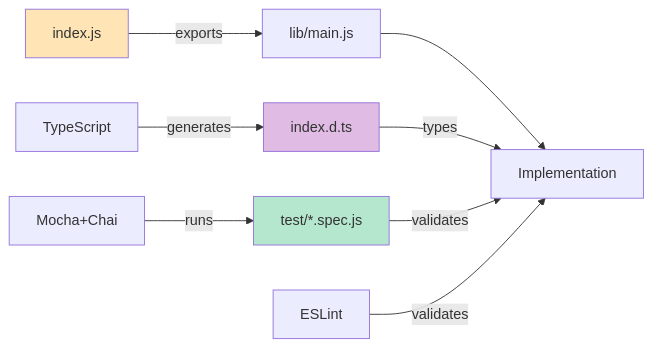
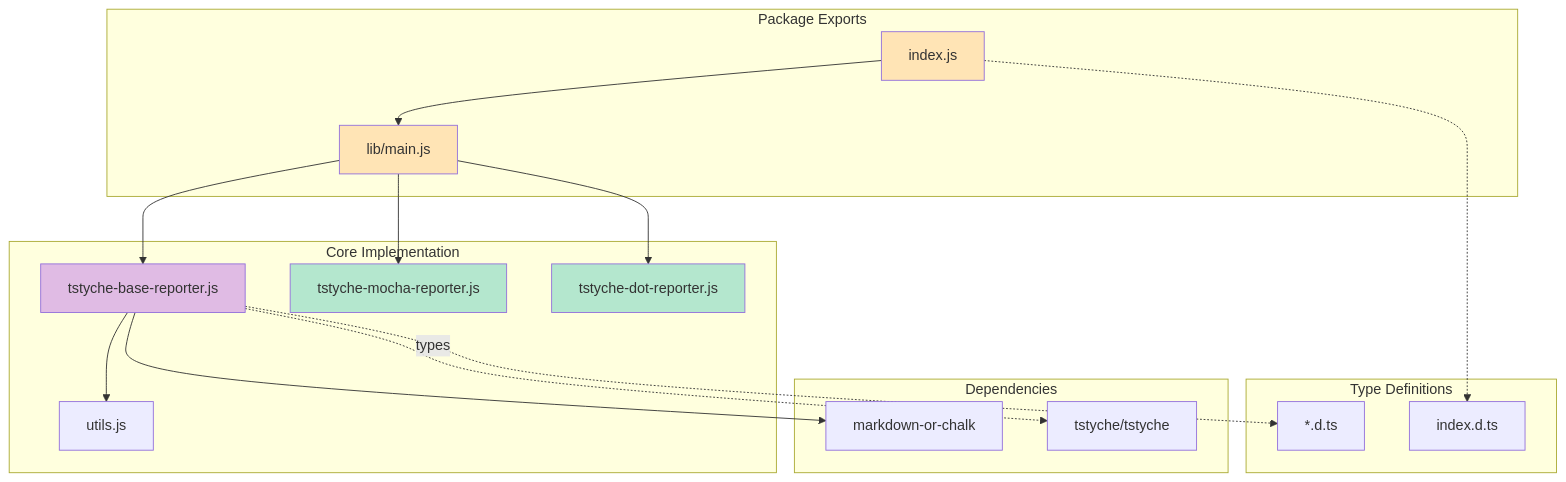
Before and after one commit to voxpelli/tstyche-reporters: the second of 2 diagrams in .github/copilot-instructions.md, drawn with Mermaid. The commit also changed other lines of this file and 14 other files, not shown here.

````diff
--- a/.github/copilot-instructions.md
+++ b/.github/copilot-instructions.md
@@ -49,15 +32,29 @@
 ```mermaid
-graph LR
-    A[index.js] -->|exports| B[lib/main.js]
-    B --> C[Implementation]
-    D[index.d.ts] -->|types| C
-    E[test/*.spec.js] -->|validates| C
-    
-    F[TypeScript] -->|generates| D
-    G[ESLint] -->|validates| C
-    H[Mocha+Chai] -->|runs| E
-    
-    style A fill:#FFE4B5
-    style D fill:#E0BBE4
-    style E fill:#B4E7CE
+graph TB
+    subgraph "Package Exports"
+        Index[index.js] --> Main[lib/main.js]
+    end
+
+    subgraph "Core Implementation"
+        Main --> BaseReporter[tstyche-base-reporter.js]
+        Main --> MochaReporter[tstyche-mocha-reporter.js]
+        Main --> DotReporter[tstyche-dot-reporter.js]
+        BaseReporter --> Utils[utils.js]
+    end
+
+    subgraph "Dependencies"
+        BaseReporter --> MOC[markdown-or-chalk]
+        BaseReporter -.->|types| TStyche[tstyche/tstyche]
+    end
+
+    subgraph "Type Definitions"
+        Index -.-> IndexDTS[index.d.ts]
+        BaseReporter -.-> BaseDTS[*.d.ts]
+    end
+
+    style Index fill:#FFE4B5
+    style Main fill:#FFE4B5
+    style BaseReporter fill:#E0BBE4
+    style MochaReporter fill:#B4E7CE
+    style DotReporter fill:#B4E7CE
 ```
````
